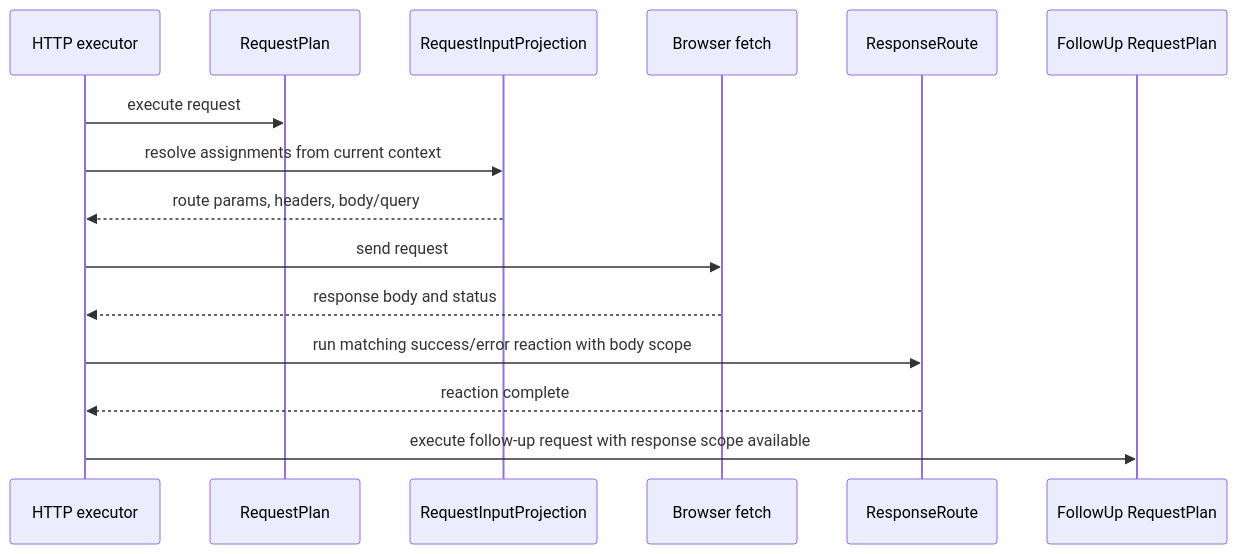
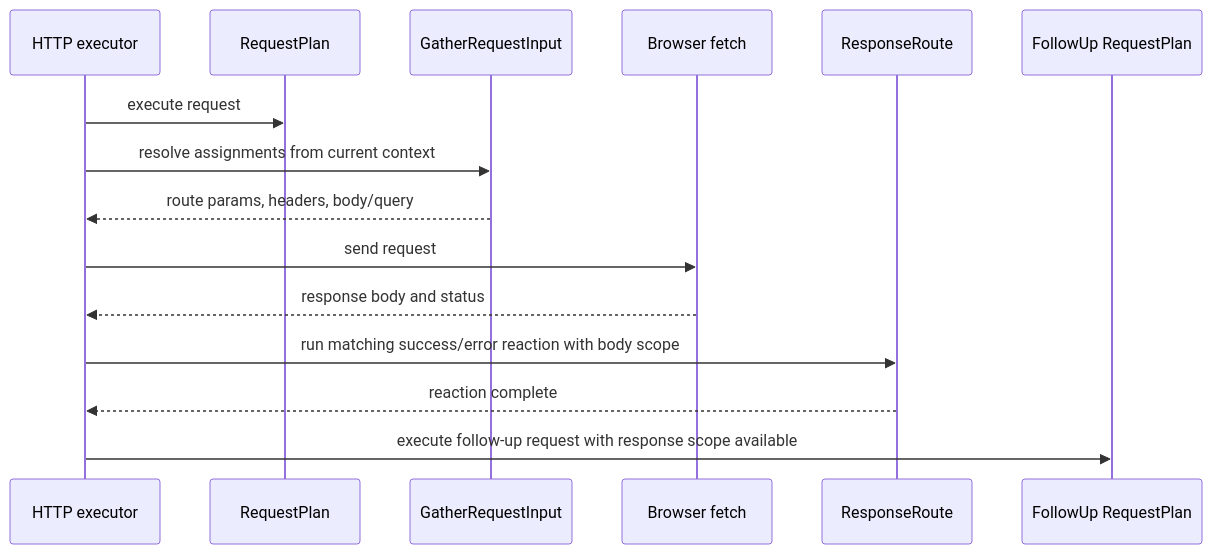
One commit to marafiq/alis-reactive changed the tenth of 10 diagrams in docs/reactive-plan-source-blueprint.md. Above: the diagram before and after it, drawn with Mermaid. The commit also changed other lines of this file and 2 other files, not shown here.

Commit message:
Remove stale projection vocabulary

````diff
--- a/docs/reactive-plan-source-blueprint.md
+++ b/docs/reactive-plan-source-blueprint.md
@@ -550,18 +548,18 @@
 ```mermaid
 sequenceDiagram
     participant Runtime as HTTP executor
     participant Request as RequestPlan
-    participant Gather as RequestInputProjection
+    participant Gather as GatherRequestInput
     participant Fetch as Browser fetch
     participant Route as ResponseRoute
     participant Follow as FollowUp RequestPlan
 
     Runtime->>Request: execute request
     Runtime->>Gather: resolve assignments from current context
     Gather-->>Runtime: route params, headers, body/query
     Runtime->>Fetch: send request
     Fetch-->>Runtime: response body and status
     Runtime->>Route: run matching success/error reaction with body scope
     Route-->>Runtime: reaction complete
     Runtime->>Follow: execute follow-up request with response scope available
 ```
````
